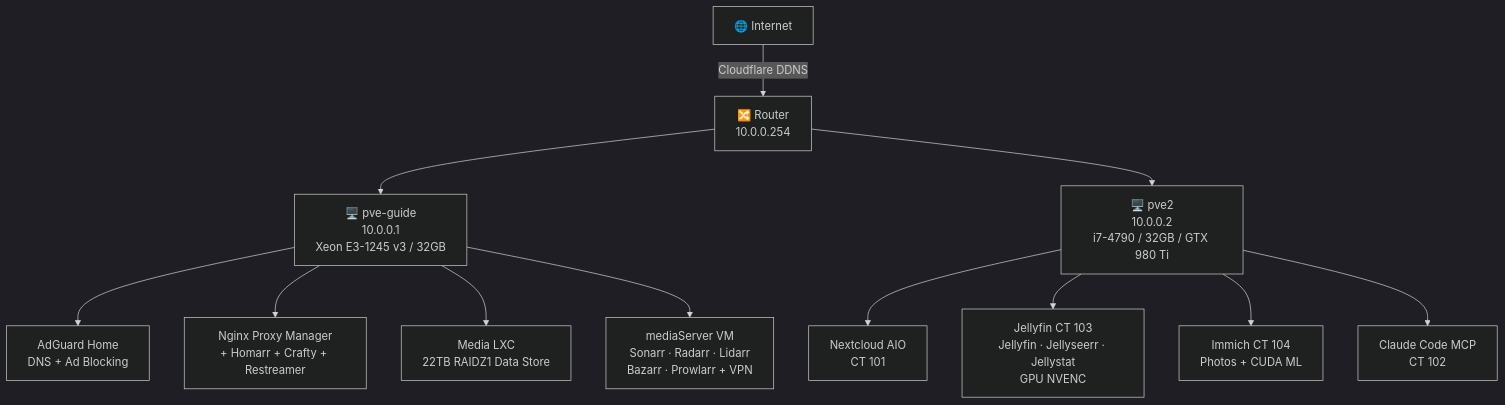
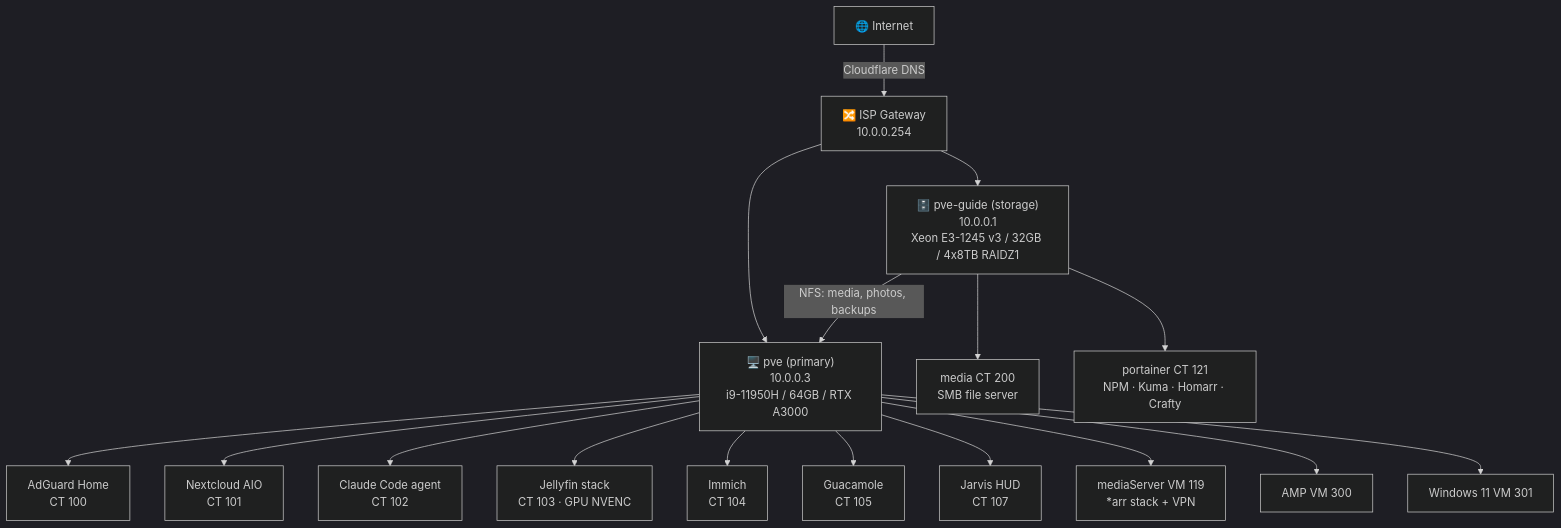
The diagram in docs/index.md (taylordbowers/homelab), drawn with Mermaid (dark theme) before and after one commit. The commit also changed other lines of this file and 35 other files, not shown here.

First line of the commit message:
Update docs to the current cluster layout (pve + pve-guide)

````diff
--- a/docs/index.md
+++ b/docs/index.md
@@ -7,16 +10,21 @@
 ```mermaid
 graph TD
-    Internet["🌐 Internet"] -->|Cloudflare DDNS| Router["🔀 Router\n10.0.0.254"]
-    Router --> PVE1["🖥️ pve-guide\n10.0.0.1\nXeon E3-1245 v3 / 32GB"]
-    Router --> PVE2["🖥️ pve2\n10.0.0.2\ni7-4790 / 32GB / GTX 980 Ti"]
+    Internet["🌐 Internet"] -->|Cloudflare DNS| Router["🔀 ISP Gateway\n10.0.0.254"]
+    Router --> PVE["🖥️ pve (primary)\n10.0.0.3\ni9-11950H / 64GB / RTX A3000"]
+    Router --> GUIDE["🗄️ pve-guide (storage)\n10.0.0.1\nXeon E3-1245 v3 / 32GB / 4x8TB RAIDZ1"]
 
-    PVE1 --> AG["AdGuard Home\nDNS + Ad Blocking"]
-    PVE1 --> NPM["Nginx Proxy Manager\n+ Homarr + Crafty + Restreamer"]
-    PVE1 --> MEDIA["Media LXC\n22TB RAIDZ1 Data Store"]
-    PVE1 --> ARR["mediaServer VM\nSonarr · Radarr · Lidarr\nBazarr · Prowlarr + VPN"]
+    PVE --> AG["AdGuard Home\nCT 100"]
+    PVE --> NC["Nextcloud AIO\nCT 101"]
+    PVE --> CLAUDE["Claude Code agent\nCT 102"]
+    PVE --> JF["Jellyfin stack\nCT 103 · GPU NVENC"]
+    PVE --> IM["Immich\nCT 104"]
+    PVE --> GUAC["Guacamole\nCT 105"]
+    PVE --> JAR["Jarvis HUD\nCT 107"]
+    PVE --> ARR["mediaServer VM 119\n*arr stack + VPN"]
+    PVE --> AMP["AMP VM 300"]
+    PVE --> WIN["Windows 11 VM 301"]
 
-    PVE2 --> NC["Nextcloud AIO\nCT 101"]
-    PVE2 --> JF["Jellyfin CT 103\nJellyfin · Jellyseerr · Jellystat\nGPU NVENC"]
-    PVE2 --> IMMICH["Immich CT 104\nPhotos + CUDA ML"]
-    PVE2 --> CLAUDE["Claude Code MCP\nCT 102"]
+    GUIDE --> MEDIA["media CT 200\nSMB file server"]
+    GUIDE --> PORT["portainer CT 121\nNPM · Kuma · Homarr · Crafty"]
+    GUIDE -->|NFS: media, photos, backups| PVE
 ```
````
